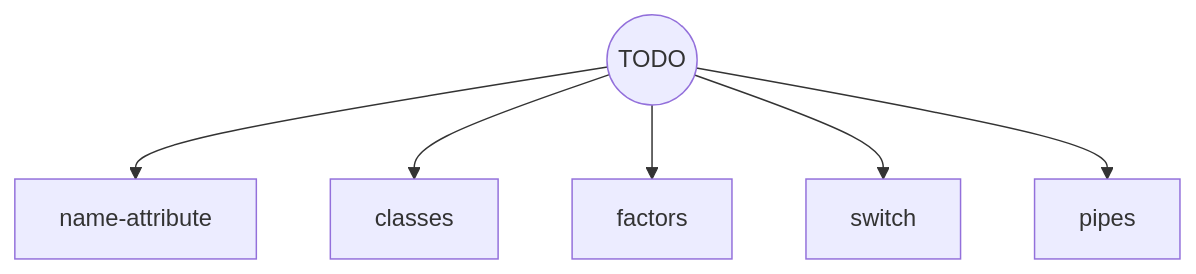
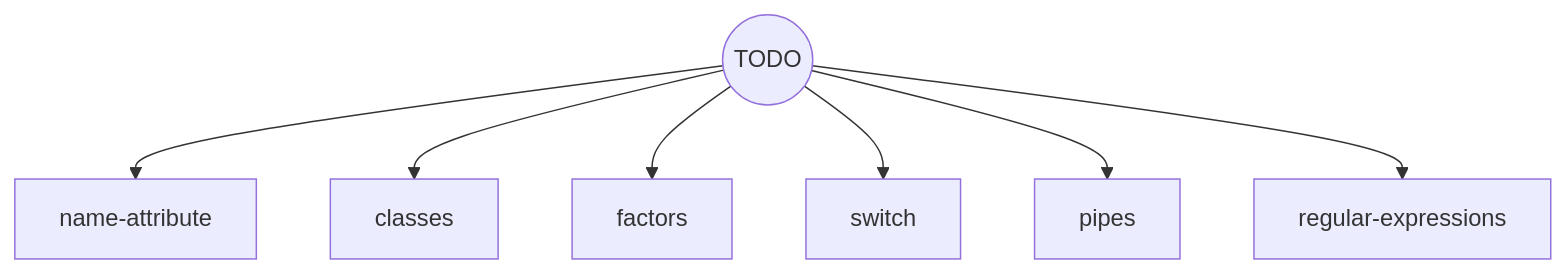
One commit to colinleach/r_concepts changed the second of 2 diagrams in flowchart.md. Above: the diagram before and after it, drawn with Mermaid. The commit also changed 10 other files, not shown here.

````diff
--- a/flowchart.md
+++ b/flowchart.md
@@ -29,9 +29,10 @@
 ```mermaid
 graph TD
     
 todo(("TODO")) --> name-attribute
 todo --> classes
 todo --> factors 
 todo --> switch
 todo --> pipes
+todo --> regular-expressions
 ```
````
